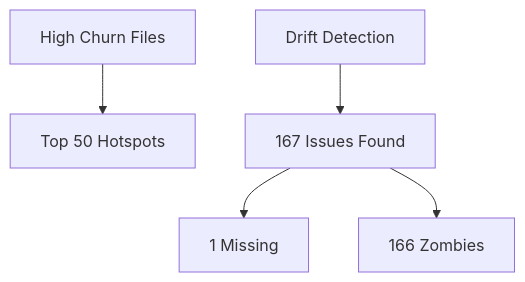
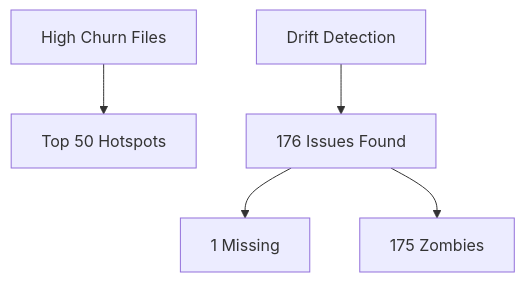
The diagram in benchmarks/output/pipeline_report.md (dashw00d/git-context), drawn with Mermaid before and after one commit. The commit also changed other lines of this file and 78 other files, not shown here.

````diff
--- a/benchmarks/output/pipeline_report.md
+++ b/benchmarks/output/pipeline_report.md
@@ -232,7 +260,7 @@
 ```mermaid
 graph TD
   A[High Churn Files] --> B[Top 50 Hotspots]
-  C[Drift Detection] --> D[167 Issues Found]
+  C[Drift Detection] --> D[176 Issues Found]
   D --> E[1 Missing]
-  D --> F[166 Zombies]
+  D --> F[175 Zombies]
 ```
````
